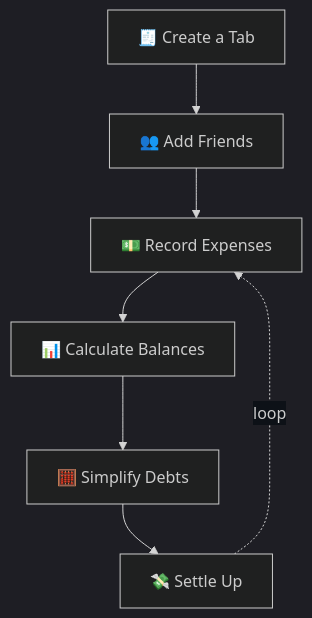
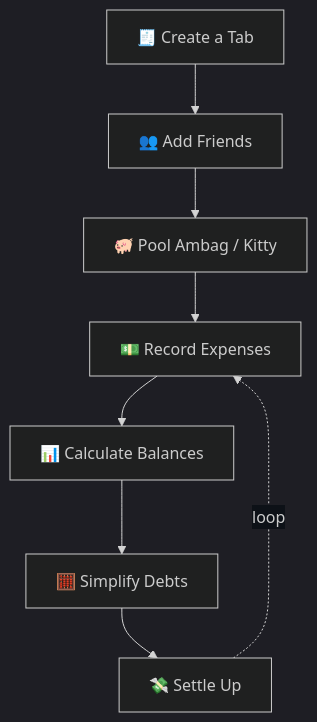
One commit to jxnobl/Evenly changed the diagram in README.md. Above: the diagram before and after it, drawn with Mermaid. The commit also changed other lines of this file, not shown here.

````diff
--- a/README.md
+++ b/README.md
@@ -88,10 +115,11 @@
 ```mermaid
 %%{init: {'theme':'dark', 'themeVariables': { 'primaryColor':'#6C5CE7','edgeLabelBackground':'#0d1117'}}}%%
 graph TD
     A[🧾 Create a Tab] --> B[👥 Add Friends]
-    B --> C[💵 Record Expenses]
-    C --> D[📊 Calculate Balances]
-    D --> E[🧮 Simplify Debts]
-    E --> F[💸 Settle Up]
-    F -.loop.-> C
+    B --> C[🐖 Pool Ambag / Kitty]
+    C --> D[💵 Record Expenses]
+    D --> E[📊 Calculate Balances]
+    E --> F[🧮 Simplify Debts]
+    F --> G[💸 Settle Up]
+    G -.loop.-> D
 ```
````
